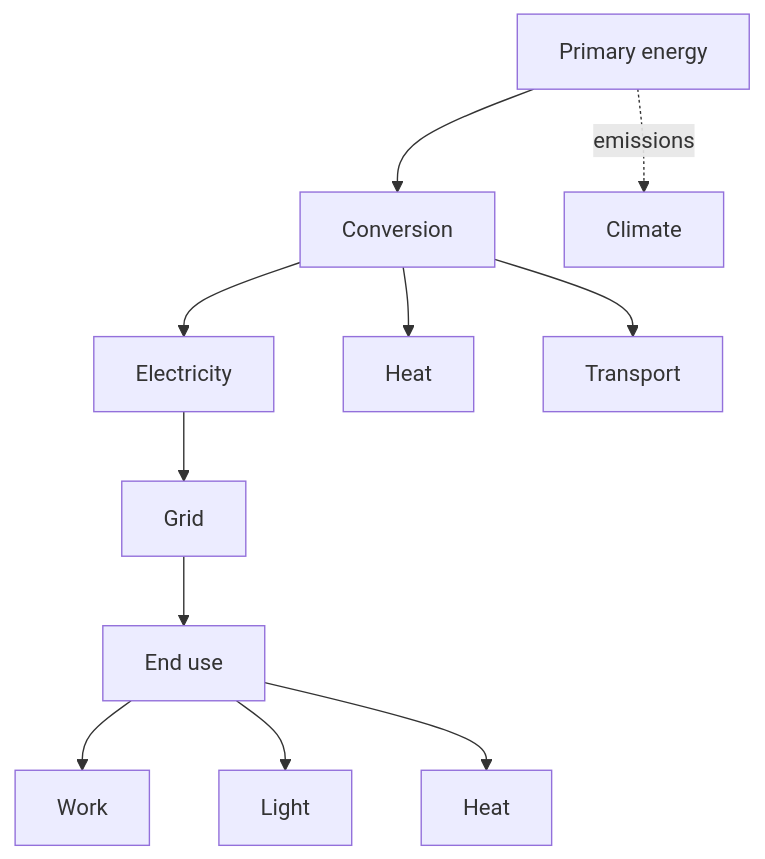
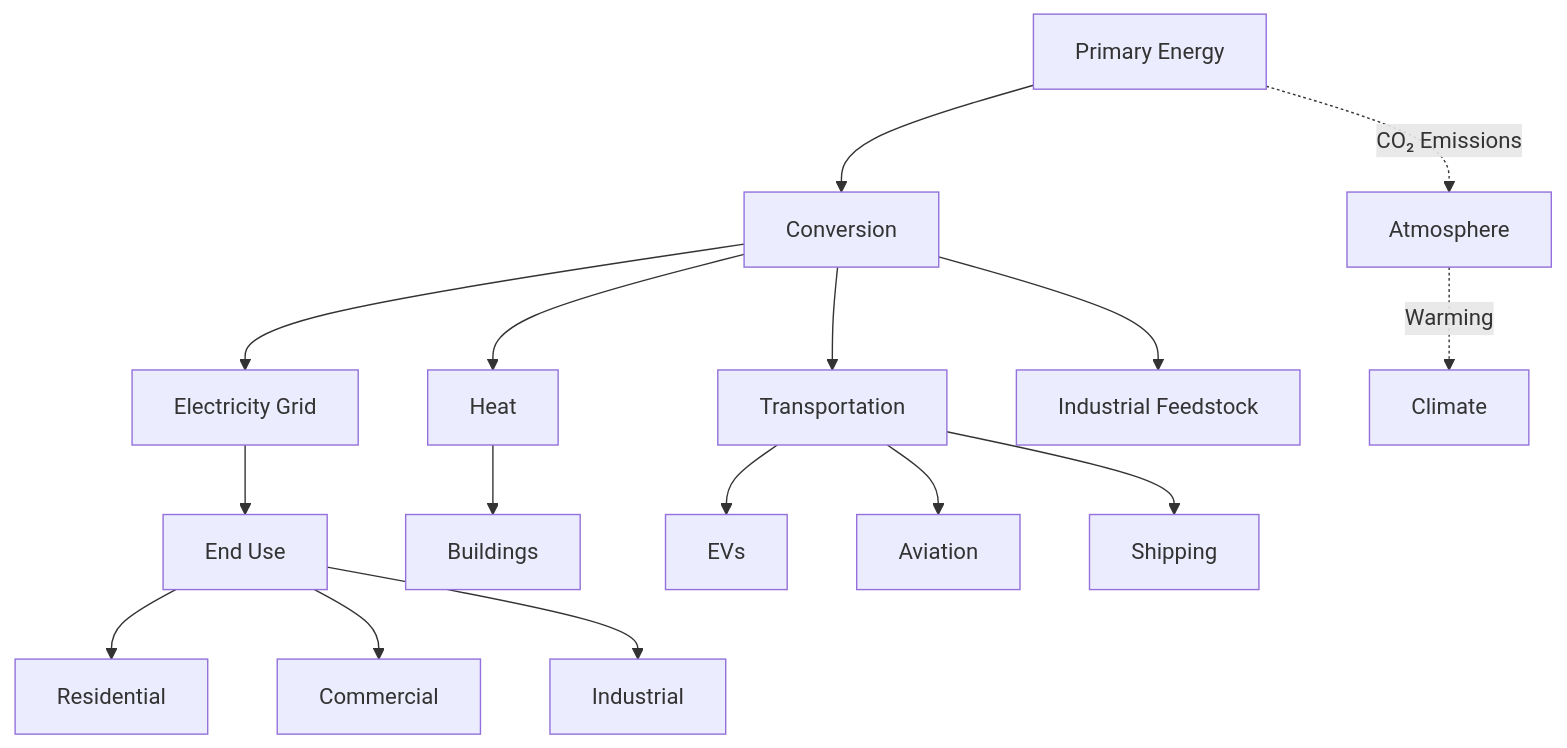
One commit to yip-lgtm/PhysicsSelfStudy changed the second of 5 diagrams in 01_BSc_Physics/foundation/PHYS_1003_Energy_Environmental_Issues/README.md. Above: the diagram before and after it, drawn with Mermaid. The commit also changed other lines of this file and 17 other files, not shown here.

````diff
--- a/01_BSc_Physics/foundation/PHYS_1003_Energy_Environmental_Issues/README.md
+++ b/01_BSc_Physics/foundation/PHYS_1003_Energy_Environmental_Issues/README.md
@@ -144,13 +469,18 @@
 ```mermaid
 graph TD
-    A[Primary energy] --> B[Conversion]
-    B --> C[Electricity]
+    A[Primary Energy] --> B[Conversion]
+    B --> C[Electricity Grid]
     B --> D[Heat]
-    B --> E[Transport]
-    C --> F[Grid]
-    F --> G[End use]
-    G --> H[Work]
-    G --> I[Light]
-    G --> J[Heat]
-    A -.->|emissions| K[Climate]
+    B --> E[Transportation]
+    B --> F[Industrial Feedstock]
+    C --> G[End Use]
+    G --> H[Residential]
+    G --> I[Commercial]
+    G --> J[Industrial]
+    D --> K[Buildings]
+    E --> L[EVs]
+    E --> M[Aviation]
+    E --> N[Shipping]
+    A -.->|CO₂ Emissions| O[Atmosphere]
+    O -.->|Warming| P[Climate]
 ```
````
